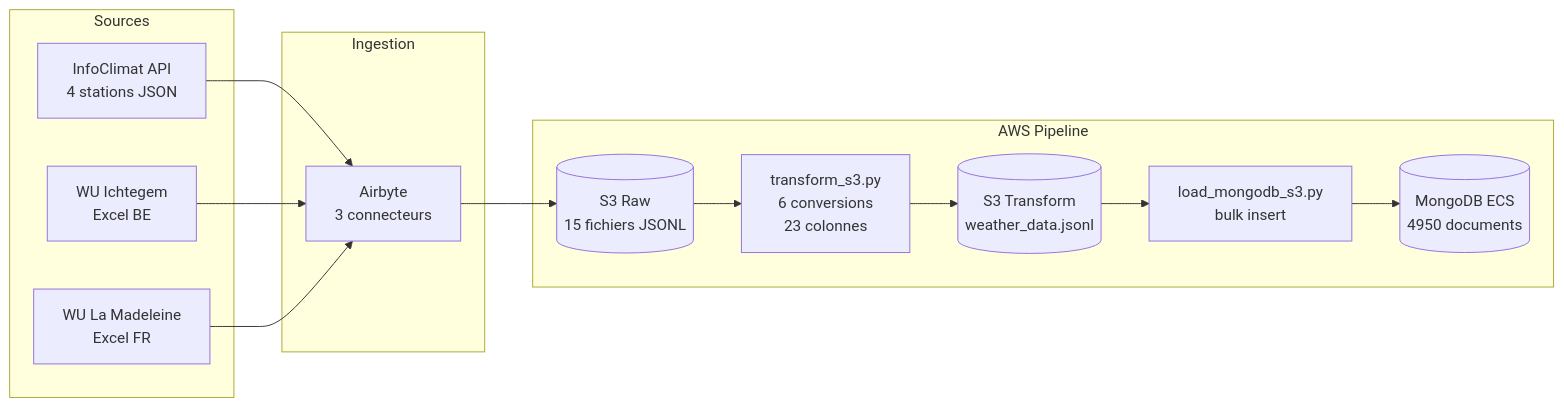
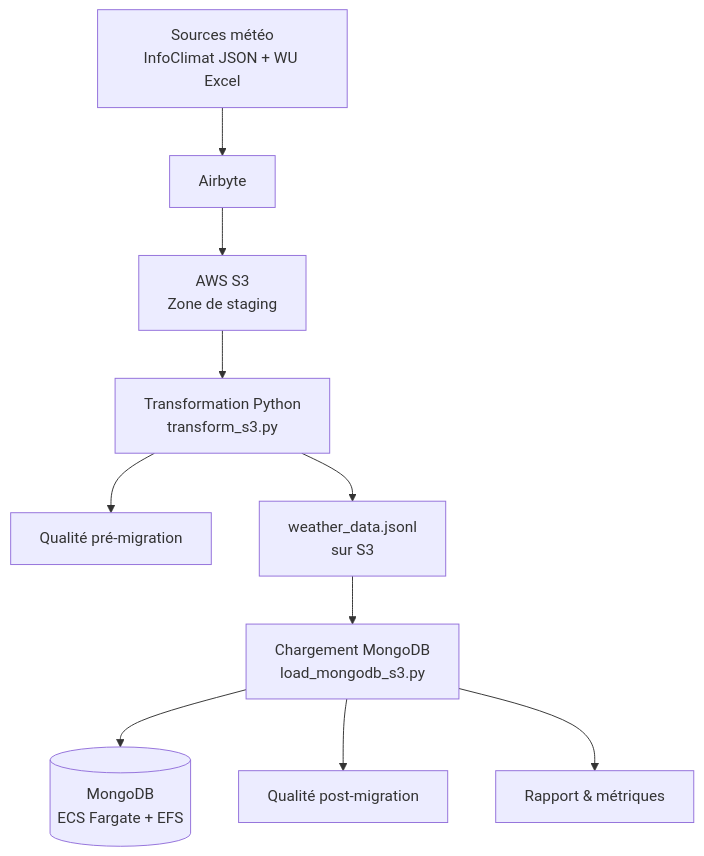
Before and after one commit to Melkia44/P8: the diagram in README.md, drawn with Mermaid. The commit also changed other lines of this file, not shown here.

````diff
--- a/README.md
+++ b/README.md
@@ -34,29 +233,12 @@
 ```mermaid
-flowchart LR
-    subgraph Sources
-        IC[InfoClimat API\n4 stations JSON]
-        WU1[WU Ichtegem\nExcel BE]
-        WU2[WU La Madeleine\nExcel FR]
-    end
-
-    subgraph Ingestion
-        AB[Airbyte\n3 connecteurs]
-    end
-
-    subgraph "AWS Pipeline"
-        S3R[(S3 Raw\n15 fichiers JSONL)]
-        TR[transform_s3.py\n6 conversions\n23 colonnes]
-        S3T[(S3 Transform\nweather_data.jsonl)]
-        LD[load_mongodb_s3.py\nbulk insert]
-        MDB[(MongoDB ECS\n4950 documents)]
-    end
-
-    IC --> AB
-    WU1 --> AB
-    WU2 --> AB
-    AB --> S3R
-    S3R --> TR
-    TR --> S3T
-    S3T --> LD
-    LD --> MDB
+flowchart TD
+    A[Sources météo<br>InfoClimat JSON + WU Excel] --> B[Airbyte]
+    B --> C[AWS S3<br>Zone de staging]
+    C --> D[Transformation Python<br>transform_s3.py]
+    D --> E[Qualité pré-migration]
+    D --> F[weather_data.jsonl<br>sur S3]
+    F --> G[Chargement MongoDB<br>load_mongodb_s3.py]
+    G --> H[(MongoDB<br>ECS Fargate + EFS)]
+    G --> I[Qualité post-migration]
+    G --> J[Rapport & métriques]
 ```
````
